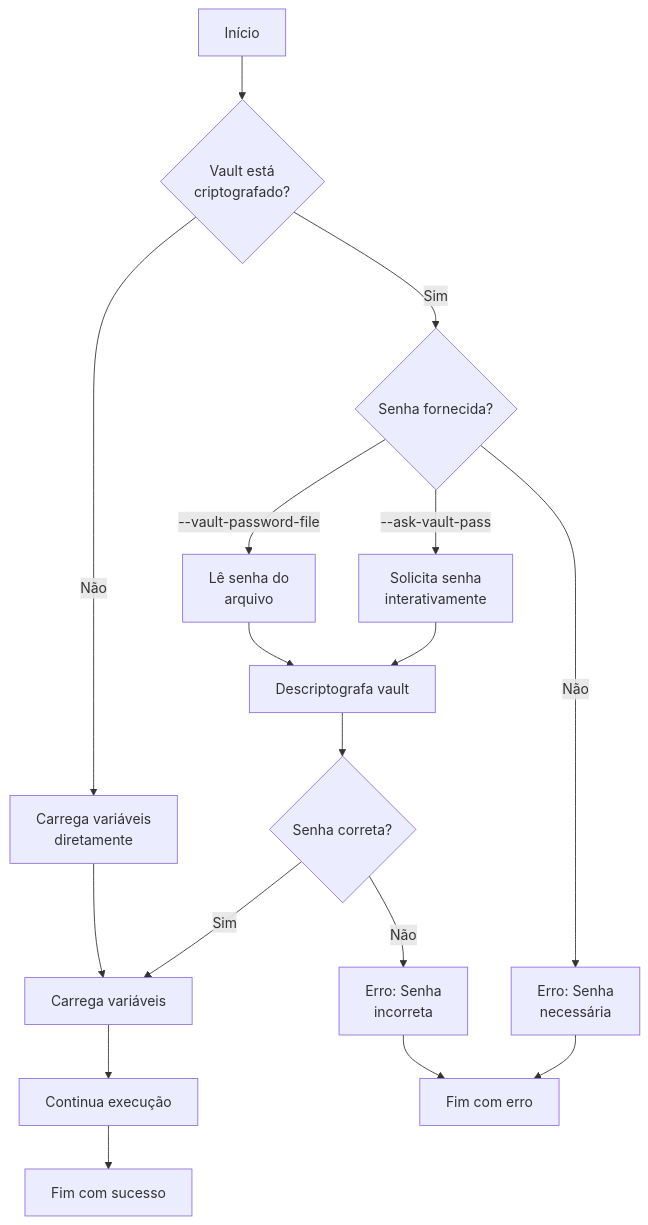
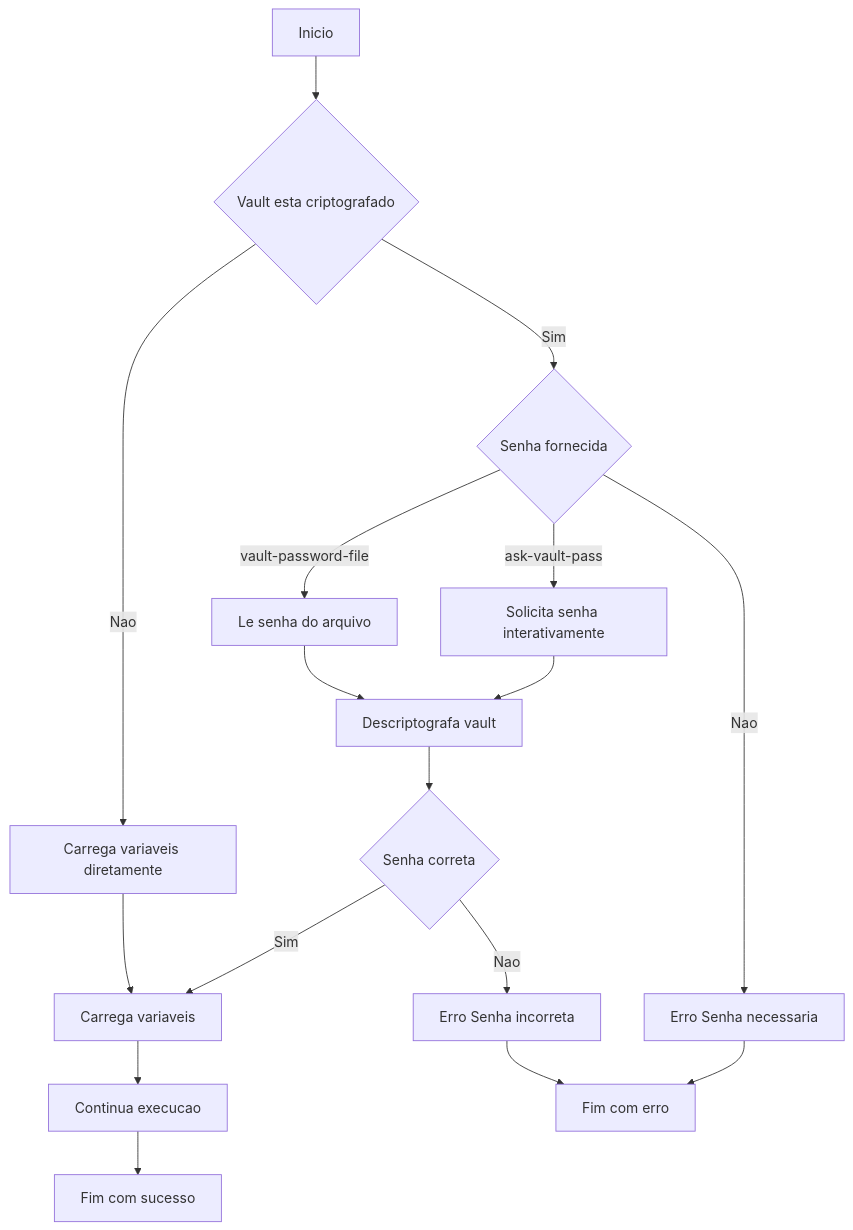
The fifth of 13 diagrams in docs/system-modeling.md (rodrigo-freitas-com/meraki-ansible), drawn with Mermaid before and after one commit. The commit also changed other lines of this file, not shown here.

````diff
--- a/docs/system-modeling.md
+++ b/docs/system-modeling.md
@@ -196,26 +196,26 @@
 ```mermaid
 flowchart TD
-    A[Início] --> B{Vault está<br/>criptografado?}
+    A[Inicio] --> B{Vault esta criptografado}
 
-    B -->|Sim| C{Senha fornecida?}
-    B -->|Não| D[Carrega variáveis<br/>diretamente]
+    B -->|Sim| C{Senha fornecida}
+    B -->|Nao| D[Carrega variaveis diretamente]
 
-    C -->|--ask-vault-pass| E[Solicita senha<br/>interativamente]
-    C -->|--vault-password-file| F[Lê senha do<br/>arquivo]
-    C -->|Não| G[Erro: Senha<br/>necessária]
+    C -->|ask-vault-pass| E[Solicita senha interativamente]
+    C -->|vault-password-file| F[Le senha do arquivo]
+    C -->|Nao| G[Erro Senha necessaria]
 
     E --> H[Descriptografa vault]
     F --> H
 
-    H --> I{Senha correta?}
+    H --> I{Senha correta}
 
-    I -->|Sim| J[Carrega variáveis]
-    I -->|Não| K[Erro: Senha<br/>incorreta]
+    I -->|Sim| J[Carrega variaveis]
+    I -->|Nao| K[Erro Senha incorreta]
 
     D --> J
-    J --> L[Continua execução]
+    J --> L[Continua execucao]
 
     G --> M[Fim com erro]
     K --> M
     L --> N[Fim com sucesso]
 ```
````
